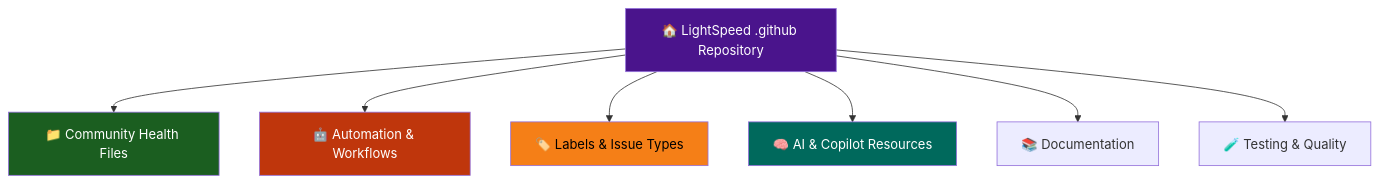
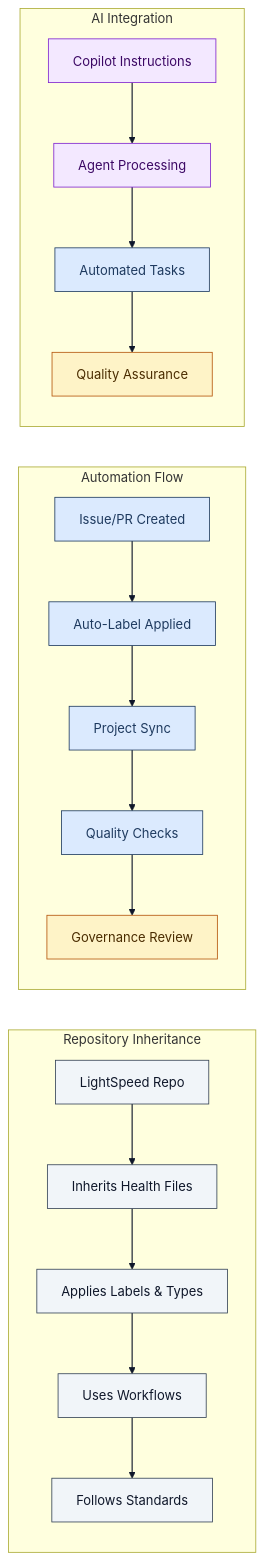
One commit to lightspeedwp/.github changed the second of 6 diagrams in README.md. Above: the diagram before and after it, drawn with Mermaid. The commit also changed 3 other files, not shown here.

````diff
--- a/README.md
+++ b/README.md
@@ -72,18 +171,48 @@
 ```mermaid
-graph TD
+flowchart LR
 %%{init: { 'accessibility': { 'diagWithoutTitle':true } }}%%
-accTitle: Repository architecture overview
-accDescr: High-level view of the .github repository structure, showing community health files, automation workflows, canonical labels, AI/collaboration resources, supporting documentation, and testing artefacts.
-    A[🏠 LightSpeed .github Repository] --> B[📁 Community Health Files]
-    A --> C[🤖 Automation & Workflows]
-    A --> D[🏷️ Labels & Issue Types]
-    A --> E[🧠 AI & Copilot Resources]
-    A --> F[📚 Documentation]
-    A --> G[🧪 Testing & Quality]
+accTitle: Inheritance and automation flow
+accDescr: Shows how canonical community health files propagate through automation workflows and AI integration to enforce labels, standards, and governance.
+  subgraph "Repository Inheritance"
+    A[LightSpeed Repo] --> B[Inherits Health Files]
+    B --> C[Applies Labels & Types]
+    C --> D[Uses Workflows]
+    D --> E[Follows Standards]
+  end
 
-    style A fill:#4a148c,color:#fff
-    style B fill:#1b5e20,color:#fff
-    style C fill:#bf360c,color:#fff
-    style D fill:#f57f17,color:#000
-    style E fill:#00695c,color:#fff
+  subgraph "Automation Flow"
+    F[Issue/PR Created] --> G[Auto-Label Applied]
+    G --> H[Project Sync]
+    H --> I[Quality Checks]
+    I --> J[Governance Review]
+  end
+
+  subgraph "AI Integration"
+    K[Copilot Instructions] --> L[Agent Processing]
+    L --> M[Automated Tasks]
+    M --> N[Quality Assurance]
+  end
+
+  classDef repo fill:#f1f5f9,stroke:#334155,color:#0f172a
+  classDef automation fill:#dbeafe,stroke:#1e3a5f,color:#1e3a5f
+  classDef ai fill:#f3e8ff,stroke:#7e22ce,color:#3b0764
+  classDef development fill:#dbeafe,stroke:#1e3a5f,color:#1e3a5f
+  classDef review fill:#fef3c7,stroke:#b45309,color:#4a2c00
+
+  class A repo
+  class B repo
+  class C repo
+  class D repo
+  class E repo
+  class F automation
+  class G automation
+  class H development
+  class I development
+  class J review
+  class K ai
+  class L ai
+  class M development
+  class N review
+
+  linkStyle default stroke:#0f172a,stroke-width:1.4px
 ```
````
